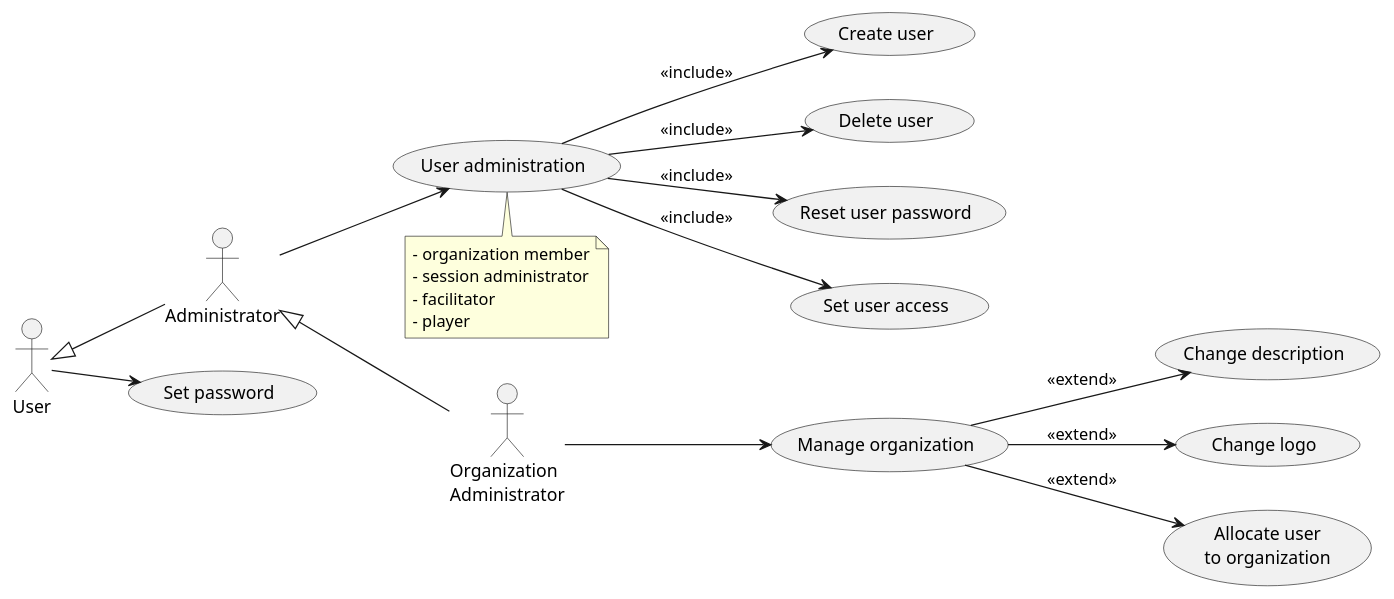
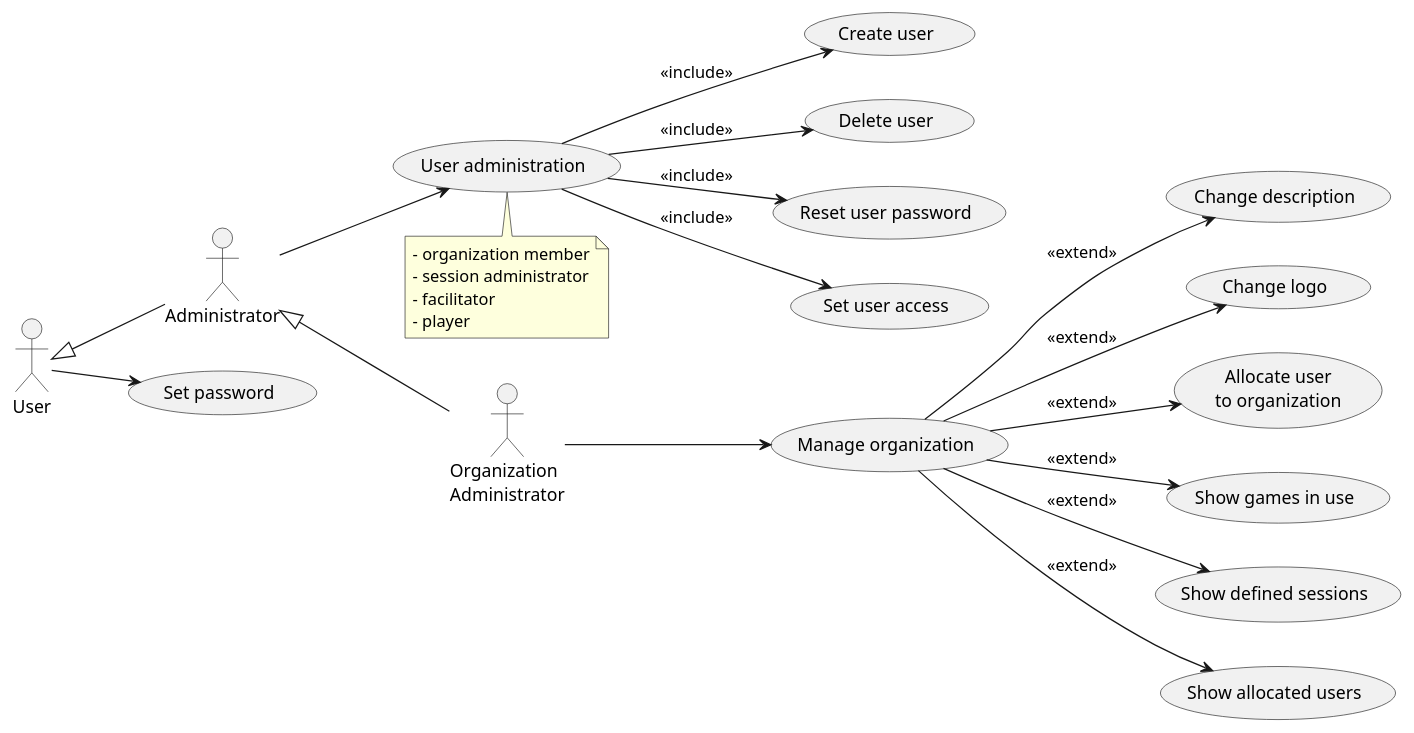
One commit to averbraeck/gscg-design changed the diagram in doc/1-use-cases/diagrams/organization-administration.puml. Above: the diagram before and after it, drawn with PlantUML. The commit also changed 4 other files, not shown here.

```diff
--- a/doc/1-use-cases/diagrams/organization-administration.puml
+++ b/doc/1-use-cases/diagrams/organization-administration.puml
@@ -1,28 +1,31 @@
 @startuml
 left to right direction
 
 "Organization\nAdministrator" as OA
 User <|-- Administrator
 Administrator <|-- OA
 
 User --> (Set password)
 
 Administrator --> (User administration)
 note bottom
   - organization member
   - session administrator
   - facilitator
   - player
 end note
 
 (User administration) --> (Create user) : << include >>
 (User administration) --> (Delete user) : << include >>
 (User administration) --> (Reset user password) : << include >>
 (User administration) --> (Set user access) : << include >>
 
 OA --> (Manage organization)
 (Manage organization) --> (Change description) : << extend >>
 (Manage organization) --> (Change logo) : << extend >>
 (Manage organization) --> (Allocate user\nto organization) : << extend >>
+(Manage organization) --> (Show games in use) : << extend >>
+(Manage organization) --> (Show defined sessions) : << extend >>
+(Manage organization) --> (Show allocated users) : << extend >>
 
 @enduml
```
